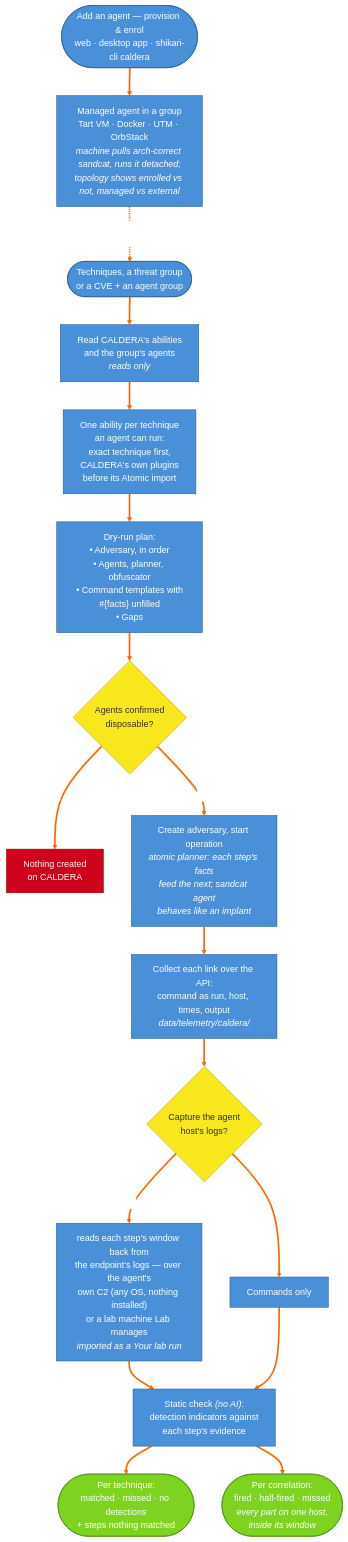
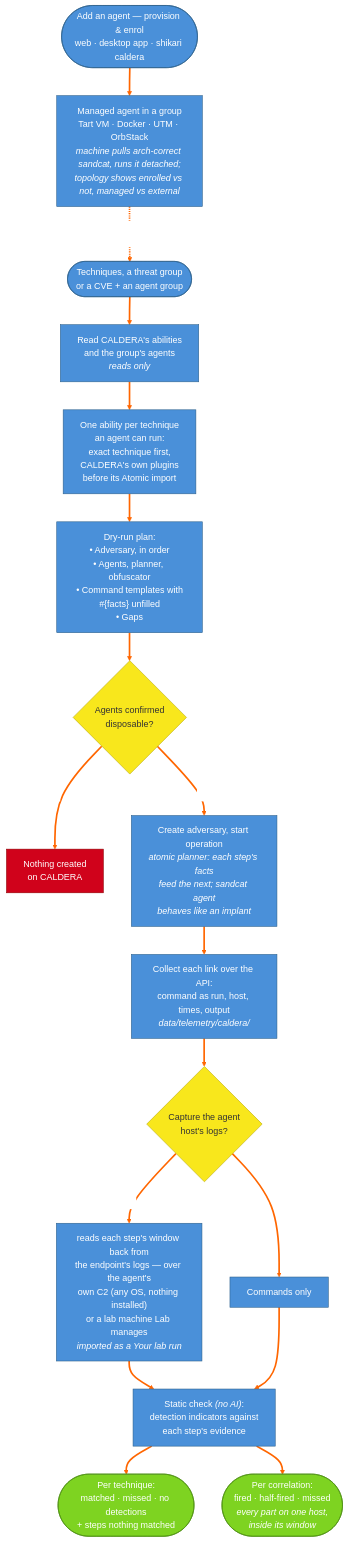
Before and after one commit to cmdaltr/shikari: the diagram in docs/architecture/mermaid/14_11_caldera_workflow_chained_emulation.md, drawn with Mermaid. The commit also changed 73 other files, not shown here.

First line of the commit message:
refactor(cli): rename the command shikari-cli -> shikari

````diff
--- a/docs/architecture/mermaid/14_11_caldera_workflow_chained_emulation.md
+++ b/docs/architecture/mermaid/14_11_caldera_workflow_chained_emulation.md
@@ -5,40 +5,40 @@
 ```mermaid
 %%{init: {'theme': 'base', 'themeVariables': {'lineColor': '#ff6600', 'edgeLabelBackground': '#ffffff', 'primaryColor': '#4a90d9', 'primaryTextColor': '#ffffff', 'primaryBorderColor': '#2c5f8a', 'secondaryColor': '#e8e8e8', 'tertiaryColor': '#f5f5f5', 'clusterBkg': '#f0f0f0', 'clusterBorder': '#999999', 'titleColor': '#000000', 'nodeTextColor': '#000000', 'background': '#ffffff'}}}%%
 flowchart TD
-    PROVISION(["Add an agent — provision &amp; enrol<br/>web · desktop app · shikari-cli caldera"]) --> AGENTS["Managed agent in a group<br/>Tart VM · Docker · UTM · OrbStack<br/><i>machine pulls arch-correct sandcat, runs it detached;<br/>topology shows enrolled vs not, managed vs external</i>"]
+    PROVISION(["Add an agent — provision &amp; enrol<br/>web · desktop app · shikari caldera"]) --> AGENTS["Managed agent in a group<br/>Tart VM · Docker · UTM · OrbStack<br/><i>machine pulls arch-correct sandcat, runs it detached;<br/>topology shows enrolled vs not, managed vs external</i>"]
     AGENTS -.->|"the agents an operation runs on"| TARGET
 
     TARGET(["Techniques, a threat group<br/>or a CVE + an agent group"]) --> READ["Read CALDERA's abilities<br/>and the group's agents<br/><i>reads only</i>"]
 
     READ --> CHOOSE["One ability per technique<br/>an agent can run:<br/>exact technique first,<br/>CALDERA's own plugins<br/>before its Atomic import"]
 
     CHOOSE --> PLAN["Dry-run plan:<br/>• Adversary, in order<br/>• Agents, planner, obfuscator<br/>• Command templates with<br/>#35;{facts} unfilled<br/>• Gaps"]
 
     PLAN --> CONFIRM{"Agents confirmed<br/>disposable?"}
 
     CONFIRM -- "No" --> STOP["Nothing created<br/>on CALDERA"]
     CONFIRM -- "Yes" --> RUN["Create adversary, start operation<br/><i>atomic planner: each step's facts<br/>feed the next; sandcat agent<br/>behaves like an implant</i>"]
 
     RUN --> COLLECT["Collect each link over the API:<br/>command as run, host, times, output<br/><i>data/telemetry/caldera/</i>"]
 
     COLLECT --> CAPTURE{"Capture the agent<br/>host's logs?"}
 
     CAPTURE -- "Yes" --> LOGS["reads each step's window back from<br/>the endpoint's logs — over the agent's<br/>own C2 (any OS, nothing installed)<br/>or a lab machine Lab manages<br/><i>imported as a Your lab run</i>"]
     CAPTURE -- "No" --> CMDS["Commands only"]
 
     LOGS --> CHECK["Static check <i>(no AI)</i>:<br/>detection indicators against<br/>each step's evidence"]
     CMDS --> CHECK
 
     CHECK --> TECH(["Per technique:<br/>matched · missed · no detections<br/>+ steps nothing matched"])
     CHECK --> CORR(["Per correlation:<br/>fired · half-fired · missed<br/><i>every part on one host,<br/>inside its window</i>"])
 
     style PROVISION fill:#4a90d9,stroke:#2c5f8a,color:#fff
     style TARGET fill:#4a90d9,stroke:#2c5f8a,color:#fff
     style TECH fill:#7ed321,stroke:#4a8c0f,color:#fff
     style CORR fill:#7ed321,stroke:#4a8c0f,color:#fff
     style STOP fill:#d0021b,stroke:#8b0000,color:#fff
     style CHECK fill:#4a90d9,stroke:#2c5f8a,color:#fff
     style CONFIRM fill:#f8e71c,stroke:#b8a700,color:#333
     style CAPTURE fill:#f8e71c,stroke:#b8a700,color:#333
     linkStyle default stroke:#ff6600,stroke-width:3px
 ```
````
